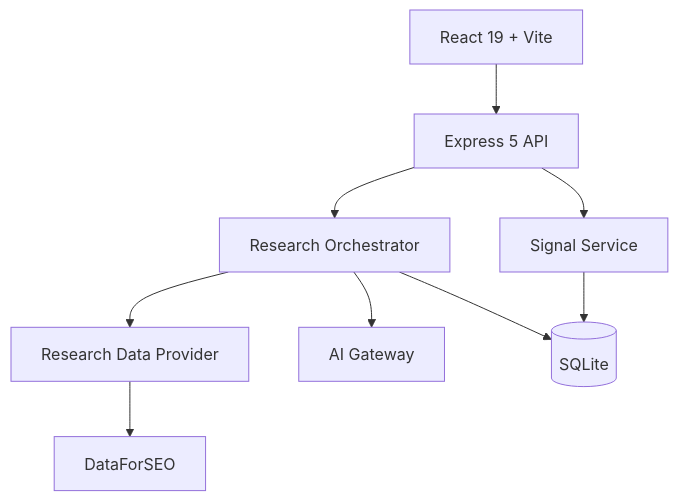
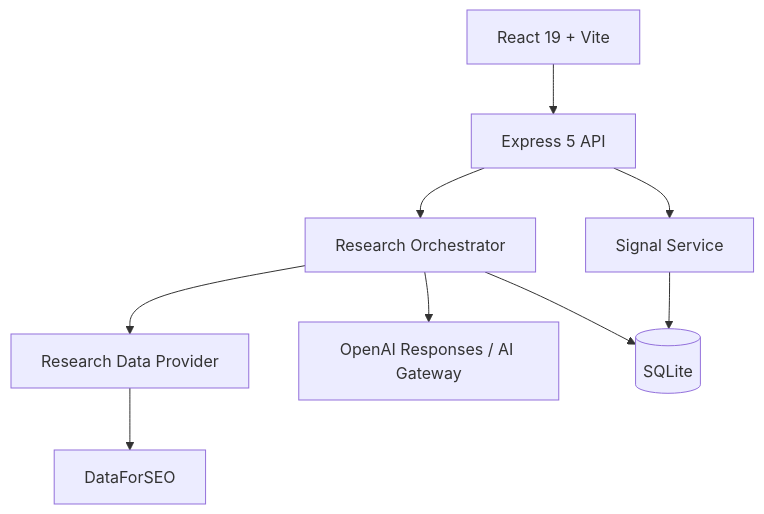
The second of 2 diagrams in README.md (xiao131/product-radar), drawn with Mermaid before and after one commit. The commit also changed other lines of this file and 12 other files, not shown here.

Commit message:
feat: support OpenAI Responses relays

````diff
--- a/README.md
+++ b/README.md
@@ -332,20 +356,20 @@
 ```mermaid
 flowchart TB
   UI["React 19 + Vite"]
   API["Express 5 API"]
   SIGNAL["Signal Service"]
   RESEARCH["Research Orchestrator"]
   PROVIDER["Research Data Provider"]
-  AI["AI Gateway"]
+  AI["OpenAI Responses / AI Gateway"]
   SEO["DataForSEO"]
   DB[("SQLite")]
 
   UI --> API
   API --> SIGNAL
   API --> RESEARCH
   SIGNAL --> DB
   RESEARCH --> PROVIDER
   PROVIDER --> SEO
   RESEARCH --> AI
   RESEARCH --> DB
 ```
````
